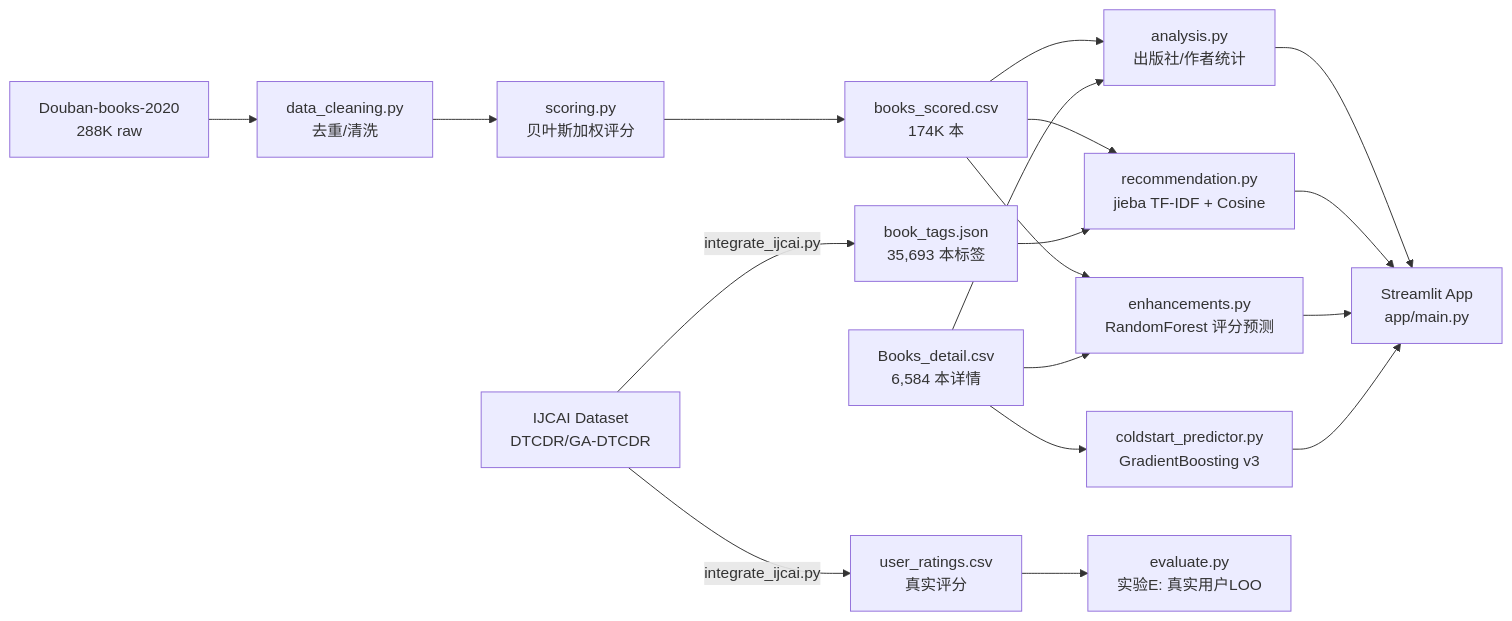
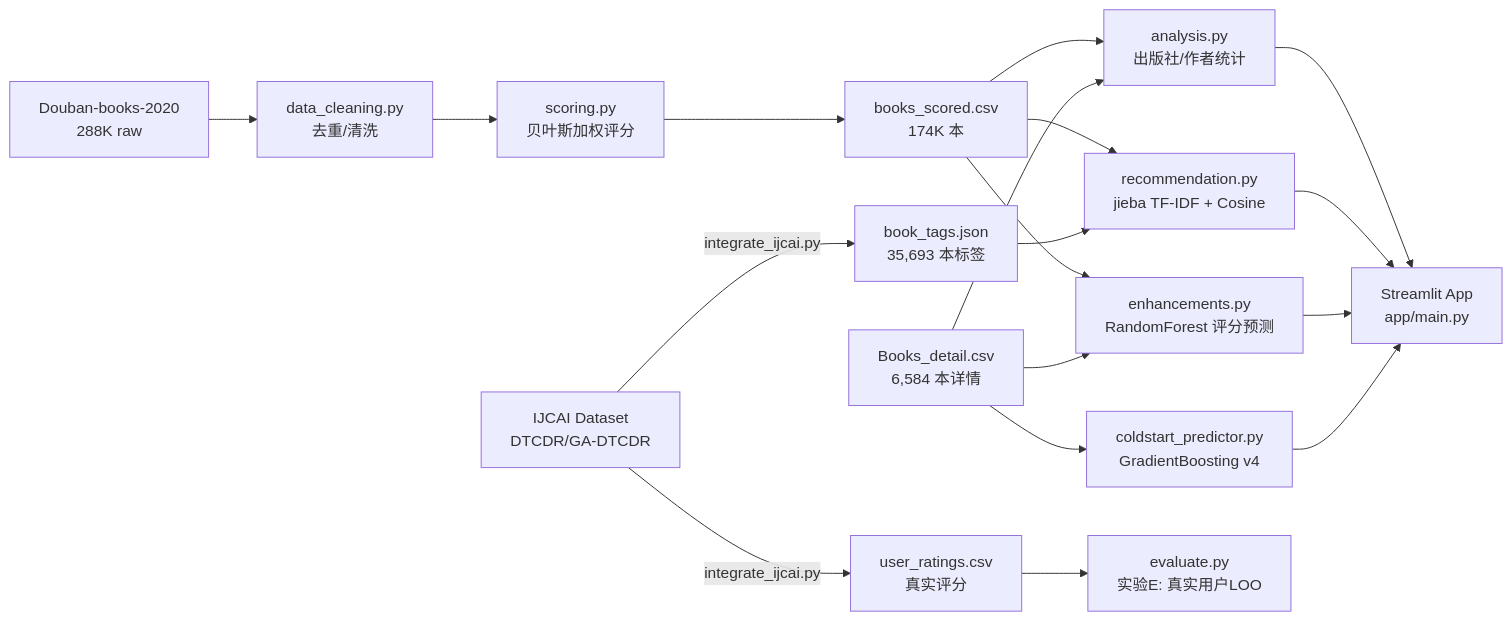
One commit to xiaowanghold-bot/douban-book-recommender changed the diagram in README.md. Above: the diagram before and after it, drawn with Mermaid. The commit also changed other lines of this file and 46 other files, not shown here.

````diff
--- a/README.md
+++ b/README.md
@@ -32,24 +34,24 @@
 ```mermaid
 graph LR
     A[Douban-books-2020<br/>288K raw] --> B[data_cleaning.py<br/>去重/清洗]
     B --> C[scoring.py<br/>贝叶斯加权评分]
     C --> D[books_scored.csv<br/>174K 本]
 
     D --> E[recommendation.py<br/>jieba TF-IDF + Cosine]
     D --> F[analysis.py<br/>出版社/作者统计]
     D --> G[enhancements.py<br/>RandomForest 评分预测]
 
     F --> H[Streamlit App<br/>app/main.py]
     E --> H
     G --> H
 
     I[Books_detail.csv<br/>6,584 本详情] --> F
     I --> G
-    I --> J[coldstart_predictor.py<br/>GradientBoosting v3]
+    I --> J[coldstart_predictor.py<br/>GradientBoosting v4]
     J --> H
 
     K[IJCAI Dataset<br/>DTCDR/GA-DTCDR] -->|integrate_ijcai.py| L[book_tags.json<br/>35,693 本标签]
     K -->|integrate_ijcai.py| M[user_ratings.csv<br/>真实评分]
     L --> E
     M --> N[evaluate.py<br/>实验E: 真实用户LOO]
 ```
````
